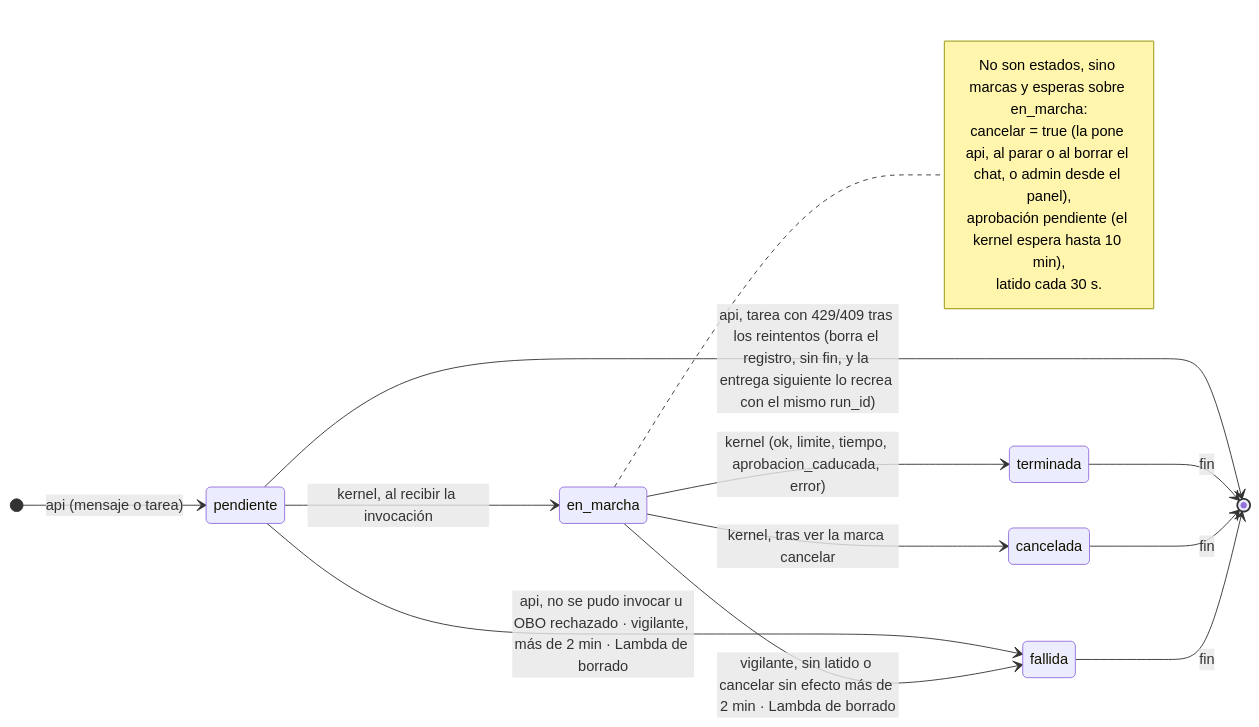
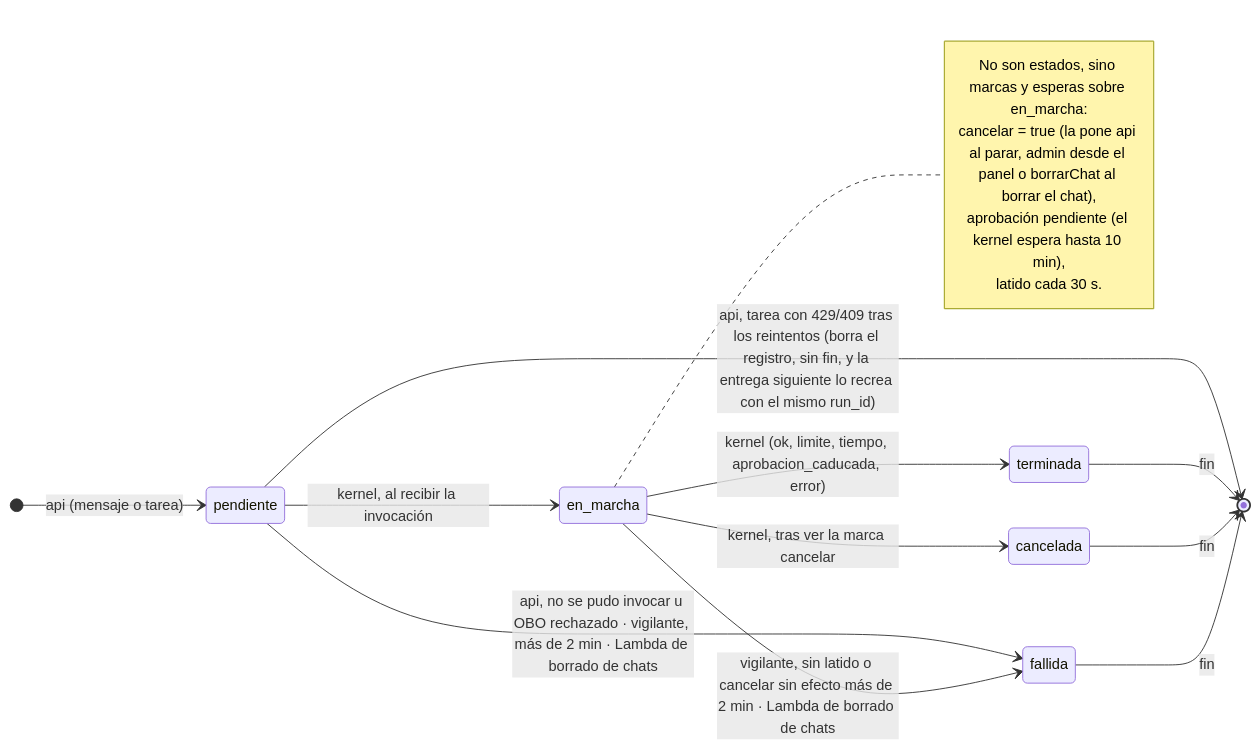
Before and after one commit to ikermendi/sample-agent-platform-with-agentcore: the fourth of 10 diagrams in docs/arquitectura-agentes.md, drawn with Mermaid. The commit also changed other lines of this file and 1 other file, not shown here.

````diff
--- a/docs/arquitectura-agentes.md
+++ b/docs/arquitectura-agentes.md
@@ -595,20 +594,20 @@
 ```mermaid
 stateDiagram-v2
   direction LR
   [*] --> pendiente : api (mensaje o tarea)
   pendiente --> en_marcha : kernel, al recibir la invocación
-  pendiente --> fallida : api, no se pudo invocar u OBO rechazado · vigilante, más de 2 min · Lambda de borrado
+  pendiente --> fallida : api, no se pudo invocar u OBO rechazado · vigilante, más de 2 min · Lambda de borrado de chats
   pendiente --> [*] : api, tarea con 429/409 tras los reintentos (borra el registro, sin fin, y la entrega siguiente lo recrea con el mismo run_id)
   en_marcha --> terminada : kernel (ok, limite, tiempo, aprobacion_caducada, error)
   en_marcha --> cancelada : kernel, tras ver la marca cancelar
-  en_marcha --> fallida : vigilante, sin latido o cancelar sin efecto más de 2 min · Lambda de borrado
+  en_marcha --> fallida : vigilante, sin latido o cancelar sin efecto más de 2 min · Lambda de borrado de chats
   terminada --> [*] : fin
   cancelada --> [*] : fin
   fallida --> [*] : fin
   note right of en_marcha
     No son estados, sino marcas y esperas sobre en_marcha:
-    cancelar = true (la pone api, al parar o al borrar el chat, o admin desde el panel),
+    cancelar = true (la pone api al parar, admin desde el panel o borrarChat al borrar el chat),
     aprobación pendiente (el kernel espera hasta 10 min),
     latido cada 30 s.
   end note
 ```
````
